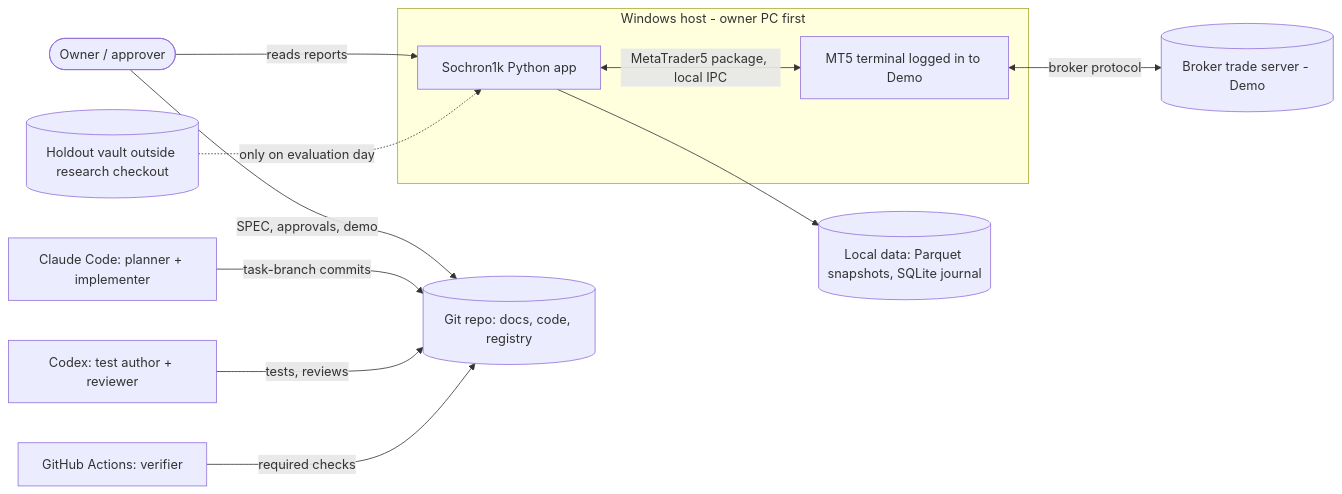
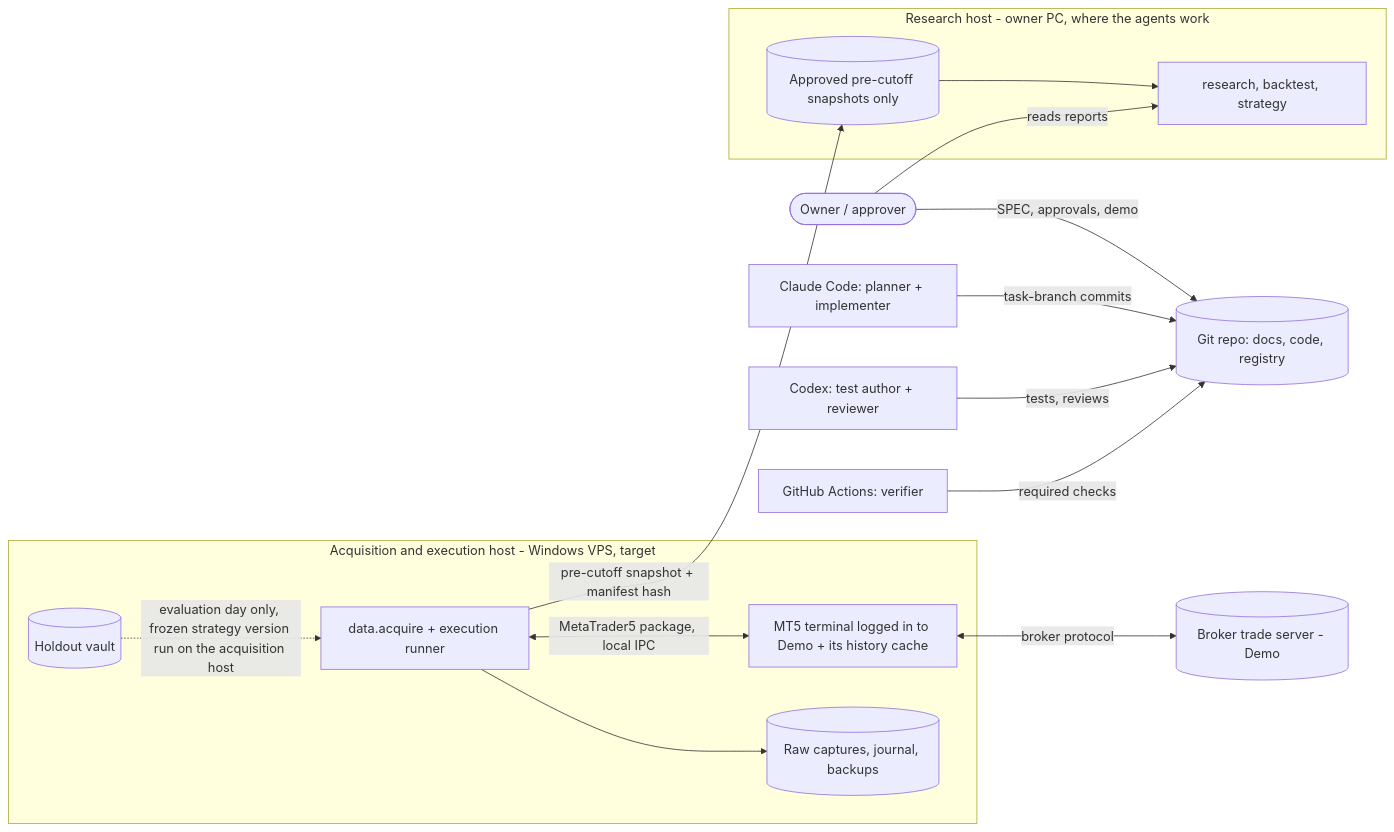
The first of 2 diagrams in docs/architecture.md (faztycoding/Sochron1k), drawn with Mermaid before and after one commit. The commit also changed other lines of this file and 2 other files, not shown here.

First line of the commit message:
F1: separate the acquisition/holdout host from the research host in D-001

````diff
--- a/docs/architecture.md
+++ b/docs/architecture.md
@@ -72,16 +72,24 @@
 ```mermaid
 flowchart LR
   Owner([Owner / approver]) -->|SPEC, approvals, demo| Repo[(Git repo: docs, code, registry)]
   CC[Claude Code: planner + implementer] -->|task-branch commits| Repo
   CX[Codex: test author + reviewer] -->|tests, reviews| Repo
   CI[GitHub Actions: verifier] -->|required checks| Repo
-  subgraph Host[Windows host - owner PC first]
-    App[Sochron1k Python app]
-    Term[MT5 terminal logged in to Demo]
+  subgraph Acq[Acquisition and execution host - Windows VPS, target]
+    Term[MT5 terminal logged in to Demo + its history cache]
+    AcqApp[data.acquire + execution runner]
+    Raw[(Raw captures, journal, backups)]
+    Vault[(Holdout vault)]
   end
-  App <-->|MetaTrader5 package, local IPC| Term
+  subgraph Res[Research host - owner PC, where the agents work]
+    App[research, backtest, strategy]
+    Snap[(Approved pre-cutoff snapshots only)]
+  end
+  AcqApp <-->|MetaTrader5 package, local IPC| Term
   Term <-->|broker protocol| Broker[(Broker trade server - Demo)]
-  App --> Store[(Local data: Parquet snapshots, SQLite journal)]
+  AcqApp --> Raw
+  AcqApp -->|pre-cutoff snapshot + manifest hash| Snap
+  Snap --> App
+  Vault -.->|evaluation day only, frozen strategy version run on the acquisition host| AcqApp
   Owner -->|reads reports| App
-  Vault[(Holdout vault outside research checkout)] -.->|only on evaluation day| App
 ```
````
